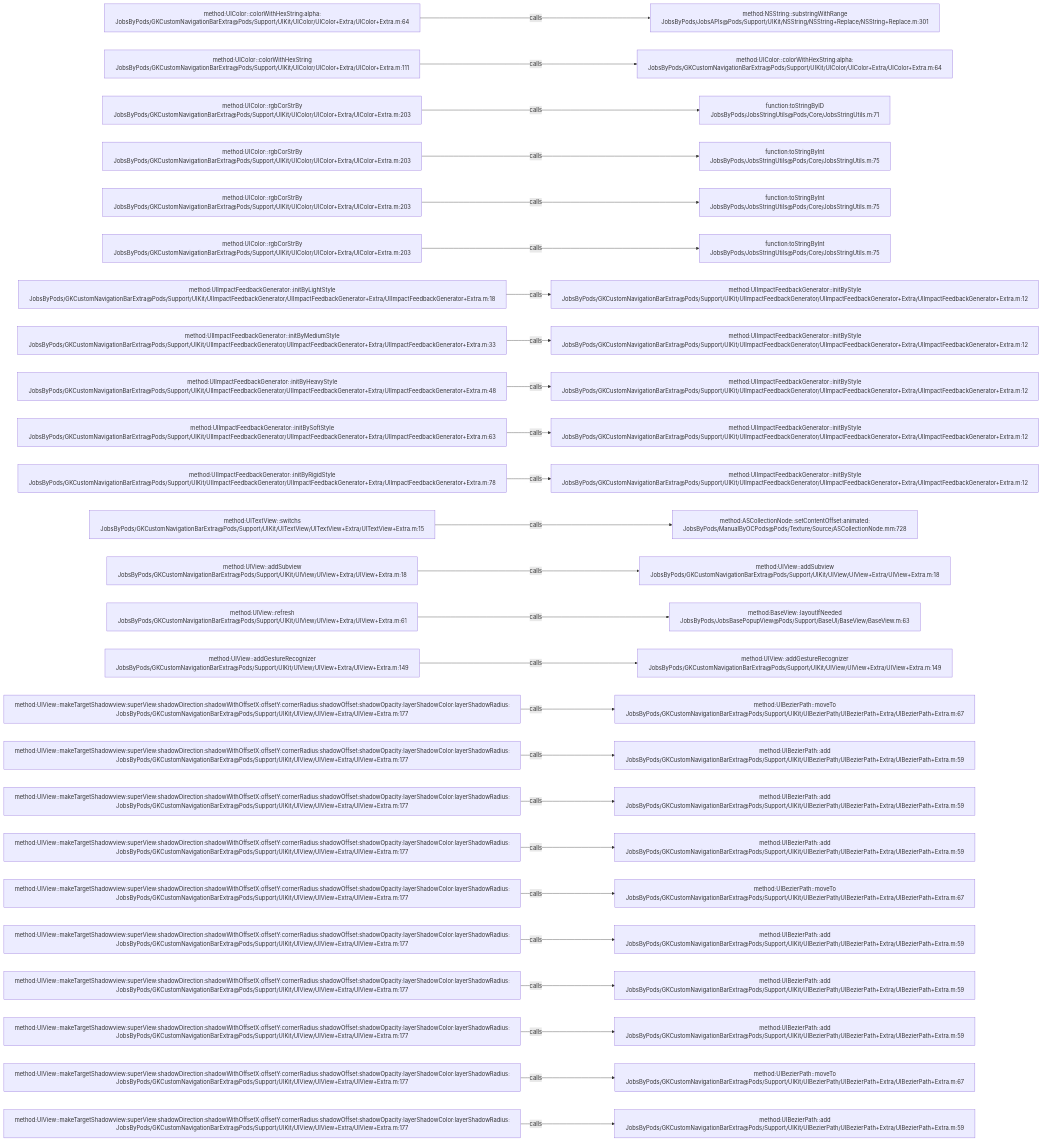
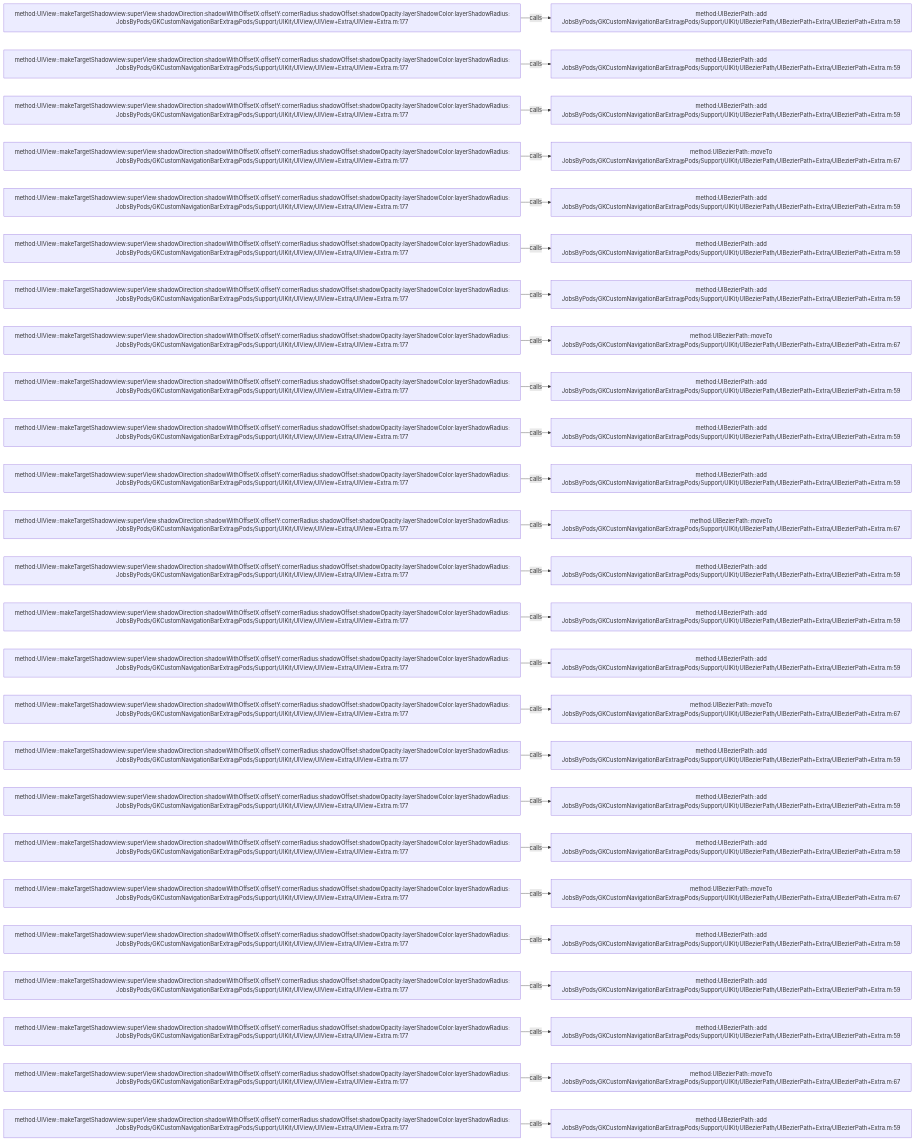
One commit to JobsKits/JobsOCBaseConfigDemo changed the diagram in .codegraph/codegraph.md/graphs/calls-008.md. Above: the diagram before and after it, drawn with Mermaid. The commit also changed 1026 other files, not shown here.

````diff
--- a/.codegraph/codegraph.md/graphs/calls-008.md
+++ b/.codegraph/codegraph.md/graphs/calls-008.md
@@ -13,78 +13,78 @@
 ```mermaid
 flowchart LR
-  S1["method:UIColor::colorWithHexString:alpha:<br/>JobsByPods/GKCustomNavigationBarExtra@Pods/Support/UIKit/UIColor/UIColor+Extra/UIColor+Extra.m:64"]
-  T1["method:NSString::substringWithRange<br/>JobsByPods/JobsAPIs@Pods/Support/UIKit/NSString/NSString+Replace/NSString+Replace.m:301"]
+  S1["method:UIView::makeTargetShadowview:superView:shadowDirection:shadowWithOffsetX:offsetY:cornerRadius:shadowOffset:shadowOpacity:layerShadowColor:layerShadowRadius:<br/>JobsByPods/GKCustomNavigationBarExtra@Pods/Support/UIKit/UIView/UIView+Extra/UIView+Extra.m:177"]
+  T1["method:UIBezierPath::add<br/>JobsByPods/GKCustomNavigationBarExtra@Pods/Support/UIKit/UIBezierPath/UIBezierPath+Extra/UIBezierPath+Extra.m:59"]
   S1 -->|calls| T1
-  S2["method:UIColor::colorWithHexString<br/>JobsByPods/GKCustomNavigationBarExtra@Pods/Support/UIKit/UIColor/UIColor+Extra/UIColor+Extra.m:111"]
-  T2["method:UIColor::colorWithHexString:alpha:<br/>JobsByPods/GKCustomNavigationBarExtra@Pods/Support/UIKit/UIColor/UIColor+Extra/UIColor+Extra.m:64"]
+  S2["method:UIView::makeTargetShadowview:superView:shadowDirection:shadowWithOffsetX:offsetY:cornerRadius:shadowOffset:shadowOpacity:layerShadowColor:layerShadowRadius:<br/>JobsByPods/GKCustomNavigationBarExtra@Pods/Support/UIKit/UIView/UIView+Extra/UIView+Extra.m:177"]
+  T2["method:UIBezierPath::add<br/>JobsByPods/GKCustomNavigationBarExtra@Pods/Support/UIKit/UIBezierPath/UIBezierPath+Extra/UIBezierPath+Extra.m:59"]
   S2 -->|calls| T2
-  S3["method:UIColor::rgbCorStrBy<br/>JobsByPods/GKCustomNavigationBarExtra@Pods/Support/UIKit/UIColor/UIColor+Extra/UIColor+Extra.m:203"]
-  T3["function:toStringByID<br/>JobsByPods/JobsStringUtils@Pods/Core/JobsStringUtils.m:71"]
+  S3["method:UIView::makeTargetShadowview:superView:shadowDirection:shadowWithOffsetX:offsetY:cornerRadius:shadowOffset:shadowOpacity:layerShadowColor:layerShadowRadius:<br/>JobsByPods/GKCustomNavigationBarExtra@Pods/Support/UIKit/UIView/UIView+Extra/UIView+Extra.m:177"]
+  T3["method:UIBezierPath::add<br/>JobsByPods/GKCustomNavigationBarExtra@Pods/Support/UIKit/UIBezierPath/UIBezierPath+Extra/UIBezierPath+Extra.m:59"]
   S3 -->|calls| T3
-  S4["method:UIColor::rgbCorStrBy<br/>JobsByPods/GKCustomNavigationBarExtra@Pods/Support/UIKit/UIColor/UIColor+Extra/UIColor+Extra.m:203"]
-  T4["function:toStringByInt<br/>JobsByPods/JobsStringUtils@Pods/Core/JobsStringUtils.m:75"]
+  S4["method:UIView::makeTargetShadowview:superView:shadowDirection:shadowWithOffsetX:offsetY:cornerRadius:shadowOffset:shadowOpacity:layerShadowColor:layerShadowRadius:<br/>JobsByPods/GKCustomNavigationBarExtra@Pods/Support/UIKit/UIView/UIView+Extra/UIView+Extra.m:177"]
+  T4["method:UIBezierPath::moveTo<br/>JobsByPods/GKCustomNavigationBarExtra@Pods/Support/UIKit/UIBezierPath/UIBezierPath+Extra/UIBezierPath+Extra.m:67"]
   S4 -->|calls| T4
-  S5["method:UIColor::rgbCorStrBy<br/>JobsByPods/GKCustomNavigationBarExtra@Pods/Support/UIKit/UIColor/UIColor+Extra/UIColor+Extra.m:203"]
-  T5["function:toStringByInt<br/>JobsByPods/JobsStringUtils@Pods/Core/JobsStringUtils.m:75"]
+  S5["method:UIView::makeTargetShadowview:superView:shadowDirection:shadowWithOffsetX:offsetY:cornerRadius:shadowOffset:shadowOpacity:layerShadowColor:layerShadowRadius:<br/>JobsByPods/GKCustomNavigationBarExtra@Pods/Support/UIKit/UIView/UIView+Extra/UIView+Extra.m:177"]
+  T5["method:UIBezierPath::add<br/>JobsByPods/GKCustomNavigationBarExtra@Pods/Support/UIKit/UIBezierPath/UIBezierPath+Extra/UIBezierPath+Extra.m:59"]
   S5 -->|calls| T5
-  S6["method:UIColor::rgbCorStrBy<br/>JobsByPods/GKCustomNavigationBarExtra@Pods/Support/UIKit/UIColor/UIColor+Extra/UIColor+Extra.m:203"]
-  T6["function:toStringByInt<br/>JobsByPods/JobsStringUtils@Pods/Core/JobsStringUtils.m:75"]
+  S6["method:UIView::makeTargetShadowview:superView:shadowDirection:shadowWithOffsetX:offsetY:cornerRadius:shadowOffset:shadowOpacity:layerShadowColor:layerShadowRadius:<br/>JobsByPods/GKCustomNavigationBarExtra@Pods/Support/UIKit/UIView/UIView+Extra/UIView+Extra.m:177"]
+  T6["method:UIBezierPath::add<br/>JobsByPods/GKCustomNavigationBarExtra@Pods/Support/UIKit/UIBezierPath/UIBezierPath+Extra/UIBezierPath+Extra.m:59"]
   S6 -->|calls| T6
-  S7["method:UIImpactFeedbackGenerator::initByLightStyle<br/>JobsByPods/GKCustomNavigationBarExtra@Pods/Support/UIKit/UIImpactFeedbackGenerator/UIImpactFeedbackGenerator+Extra/UIImpactFeedbackGenerator+Extra.m:18"]
-  T7["method:UIImpactFeedbackGenerator::initByStyle<br/>JobsByPods/GKCustomNavigationBarExtra@Pods/Support/UIKit/UIImpactFeedbackGenerator/UIImpactFeedbackGenerator+Extra/UIImpactFeedbackGenerator+Extra.m:12"]
+  S7["method:UIView::makeTargetShadowview:superView:shadowDirection:shadowWithOffsetX:offsetY:cornerRadius:shadowOffset:shadowOpacity:layerShadowColor:layerShadowRadius:<br/>JobsByPods/GKCustomNavigationBarExtra@Pods/Support/UIKit/UIView/UIView+Extra/UIView+Extra.m:177"]
+  T7["method:UIBezierPath::add<br/>JobsByPods/GKCustomNavigationBarExtra@Pods/Support/UIKit/UIBezierPath/UIBezierPath+Extra/UIBezierPath+Extra.m:59"]
   S7 -->|calls| T7
-  S8["method:UIImpactFeedbackGenerator::initByMediumStyle<br/>JobsByPods/GKCustomNavigationBarExtra@Pods/Support/UIKit/UIImpactFeedbackGenerator/UIImpactFeedbackGenerator+Extra/UIImpactFeedbackGenerator+Extra.m:33"]
-  T8["method:UIImpactFeedbackGenerator::initByStyle<br/>JobsByPods/GKCustomNavigationBarExtra@Pods/Support/UIKit/UIImpactFeedbackGenerator/UIImpactFeedbackGenerator+Extra/UIImpactFeedbackGenerator+Extra.m:12"]
+  S8["method:UIView::makeTargetShadowview:superView:shadowDirection:shadowWithOffsetX:offsetY:cornerRadius:shadowOffset:shadowOpacity:layerShadowColor:layerShadowRadius:<br/>JobsByPods/GKCustomNavigationBarExtra@Pods/Support/UIKit/UIView/UIView+Extra/UIView+Extra.m:177"]
+  T8["method:UIBezierPath::moveTo<br/>JobsByPods/GKCustomNavigationBarExtra@Pods/Support/UIKit/UIBezierPath/UIBezierPath+Extra/UIBezierPath+Extra.m:67"]
   S8 -->|calls| T8
-  S9["method:UIImpactFeedbackGenerator::initByHeavyStyle<br/>JobsByPods/GKCustomNavigationBarExtra@Pods/Support/UIKit/UIImpactFeedbackGenerator/UIImpactFeedbackGenerator+Extra/UIImpactFeedbackGenerator+Extra.m:48"]
-  T9["method:UIImpactFeedbackGenerator::initByStyle<br/>JobsByPods/GKCustomNavigationBarExtra@Pods/Support/UIKit/UIImpactFeedbackGenerator/UIImpactFeedbackGenerator+Extra/UIImpactFeedbackGenerator+Extra.m:12"]
+  S9["method:UIView::makeTargetShadowview:superView:shadowDirection:shadowWithOffsetX:offsetY:cornerRadius:shadowOffset:shadowOpacity:layerShadowColor:layerShadowRadius:<br/>JobsByPods/GKCustomNavigationBarExtra@Pods/Support/UIKit/UIView/UIView+Extra/UIView+Extra.m:177"]
+  T9["method:UIBezierPath::add<br/>JobsByPods/GKCustomNavigationBarExtra@Pods/Support/UIKit/UIBezierPath/UIBezierPath+Extra/UIBezierPath+Extra.m:59"]
   S9 -->|calls| T9
-  S10["method:UIImpactFeedbackGenerator::initBySoftStyle<br/>JobsByPods/GKCustomNavigationBarExtra@Pods/Support/UIKit/UIImpactFeedbackGenerator/UIImpactFeedbackGenerator+Extra/UIImpactFeedbackGenerator+Extra.m:63"]
-  T10["method:UIImpactFeedbackGenerator::initByStyle<br/>JobsByPods/GKCustomNavigationBarExtra@Pods/Support/UIKit/UIImpactFeedbackGenerator/UIImpactFeedbackGenerator+Extra/UIImpactFeedbackGenerator+Extra.m:12"]
+  S10["method:UIView::makeTargetShadowview:superView:shadowDirection:shadowWithOffsetX:offsetY:cornerRadius:shadowOffset:shadowOpacity:layerShadowColor:layerShadowRadius:<br/>JobsByPods/GKCustomNavigationBarExtra@Pods/Support/UIKit/UIView/UIView+Extra/UIView+Extra.m:177"]
+  T10["method:UIBezierPath::add<br/>JobsByPods/GKCustomNavigationBarExtra@Pods/Support/UIKit/UIBezierPath/UIBezierPath+Extra/UIBezierPath+Extra.m:59"]
   S10 -->|calls| T10
-  S11["method:UIImpactFeedbackGenerator::initByRigidStyle<br/>JobsByPods/GKCustomNavigationBarExtra@Pods/Support/UIKit/UIImpactFeedbackGenerator/UIImpactFeedbackGenerator+Extra/UIImpactFeedbackGenerator+Extra.m:78"]
-  T11["method:UIImpactFeedbackGenerator::initByStyle<br/>JobsByPods/GKCustomNavigationBarExtra@Pods/Support/UIKit/UIImpactFeedbackGenerator/UIImpactFeedbackGenerator+Extra/UIImpactFeedbackGenerator+Extra.m:12"]
+  S11["method:UIView::makeTargetShadowview:superView:shadowDirection:shadowWithOffsetX:offsetY:cornerRadius:shadowOffset:shadowOpacity:layerShadowColor:layerShadowRadius:<br/>JobsByPods/GKCustomNavigationBarExtra@Pods/Support/UIKit/UIView/UIView+Extra/UIView+Extra.m:177"]
+  T11["method:UIBezierPath::add<br/>JobsByPods/GKCustomNavigationBarExtra@Pods/Support/UIKit/UIBezierPath/UIBezierPath+Extra/UIBezierPath+Extra.m:59"]
   S11 -->|calls| T11
-  S12["method:UITextView::switchs<br/>JobsByPods/GKCustomNavigationBarExtra@Pods/Support/UIKit/UITextView/UITextView+Extra/UITextView+Extra.m:15"]
-  T12["method:ASCollectionNode::setContentOffset:animated:<br/>JobsByPods/ManualByOCPods@Pods/Texture/Source/ASCollectionNode.mm:728"]
+  S12["method:UIView::makeTargetShadowview:superView:shadowDirection:shadowWithOffsetX:offsetY:cornerRadius:shadowOffset:shadowOpacity:layerShadowColor:layerShadowRadius:<br/>JobsByPods/GKCustomNavigationBarExtra@Pods/Support/UIKit/UIView/UIView+Extra/UIView+Extra.m:177"]
+  T12["method:UIBezierPath::moveTo<br/>JobsByPods/GKCustomNavigationBarExtra@Pods/Support/UIKit/UIBezierPath/UIBezierPath+Extra/UIBezierPath+Extra.m:67"]
   S12 -->|calls| T12
-  S13["method:UIView::addSubview<br/>JobsByPods/GKCustomNavigationBarExtra@Pods/Support/UIKit/UIView/UIView+Extra/UIView+Extra.m:18"]
-  T13["method:UIView::addSubview<br/>JobsByPods/GKCustomNavigationBarExtra@Pods/Support/UIKit/UIView/UIView+Extra/UIView+Extra.m:18"]
+  S13["method:UIView::makeTargetShadowview:superView:shadowDirection:shadowWithOffsetX:offsetY:cornerRadius:shadowOffset:shadowOpacity:layerShadowColor:layerShadowRadius:<br/>JobsByPods/GKCustomNavigationBarExtra@Pods/Support/UIKit/UIView/UIView+Extra/UIView+Extra.m:177"]
+  T13["method:UIBezierPath::add<br/>JobsByPods/GKCustomNavigationBarExtra@Pods/Support/UIKit/UIBezierPath/UIBezierPath+Extra/UIBezierPath+Extra.m:59"]
   S13 -->|calls| T13
-  S14["method:UIView::refresh<br/>JobsByPods/GKCustomNavigationBarExtra@Pods/Support/UIKit/UIView/UIView+Extra/UIView+Extra.m:61"]
-  T14["method:BaseView::layoutIfNeeded<br/>JobsByPods/JobsBasePopupView@Pods/Support/BaseUI/BaseView/BaseView.m:63"]
+  S14["method:UIView::makeTargetShadowview:superView:shadowDirection:shadowWithOffsetX:offsetY:cornerRadius:shadowOffset:shadowOpacity:layerShadowColor:layerShadowRadius:<br/>JobsByPods/GKCustomNavigationBarExtra@Pods/Support/UIKit/UIView/UIView+Extra/UIView+Extra.m:177"]
+  T14["method:UIBezierPath::add<br/>JobsByPods/GKCustomNavigationBarExtra@Pods/Support/UIKit/UIBezierPath/UIBezierPath+Extra/UIBezierPath+Extra.m:59"]
   S14 -->|calls| T14
-  S15["method:UIView::addGestureRecognizer<br/>JobsByPods/GKCustomNavigationBarExtra@Pods/Support/UIKit/UIView/UIView+Extra/UIView+Extra.m:149"]
-  T15["method:UIView::addGestureRecognizer<br/>JobsByPods/GKCustomNavigationBarExtra@Pods/Support/UIKit/UIView/UIView+Extra/UIView+Extra.m:149"]
+  S15["method:UIView::makeTargetShadowview:superView:shadowDirection:shadowWithOffsetX:offsetY:cornerRadius:shadowOffset:shadowOpacity:layerShadowColor:layerShadowRadius:<br/>JobsByPods/GKCustomNavigationBarExtra@Pods/Support/UIKit/UIView/UIView+Extra/UIView+Extra.m:177"]
+  T15["method:UIBezierPath::add<br/>JobsByPods/GKCustomNavigationBarExtra@Pods/Support/UIKit/UIBezierPath/UIBezierPath+Extra/UIBezierPath+Extra.m:59"]
   S15 -->|calls| T15
   S16["method:UIView::makeTargetShadowview:superView:shadowDirection:shadowWithOffsetX:offsetY:cornerRadius:shadowOffset:shadowOpacity:layerShadowColor:layerShadowRadius:<br/>JobsByPods/GKCustomNavigationBarExtra@Pods/Support/UIKit/UIView/UIView+Extra/UIView+Extra.m:177"]
   T16["method:UIBezierPath::moveTo<br/>JobsByPods/GKCustomNavigationBarExtra@Pods/Support/UIKit/UIBezierPath/UIBezierPath+Extra/UIBezierPath+Extra.m:67"]
   S16 -->|calls| T16
   S17["method:UIView::makeTargetShadowview:superView:shadowDirection:shadowWithOffsetX:offsetY:cornerRadius:shadowOffset:shadowOpacity:layerShadowColor:layerShadowRadius:<br/>JobsByPods/GKCustomNavigationBarExtra@Pods/Support/UIKit/UIView/UIView+Extra/UIView+Extra.m:177"]
   T17["method:UIBezierPath::add<br/>JobsByPods/GKCustomNavigationBarExtra@Pods/Support/UIKit/UIBezierPath/UIBezierPath+Extra/UIBezierPath+Extra.m:59"]
   S17 -->|calls| T17
   S18["method:UIView::makeTargetShadowview:superView:shadowDirection:shadowWithOffsetX:offsetY:cornerRadius:shadowOffset:shadowOpacity:layerShadowColor:layerShadowRadius:<br/>JobsByPods/GKCustomNavigationBarExtra@Pods/Support/UIKit/UIView/UIView+Extra/UIView+Extra.m:177"]
   T18["method:UIBezierPath::add<br/>JobsByPods/GKCustomNavigationBarExtra@Pods/Support/UIKit/UIBezierPath/UIBezierPath+Extra/UIBezierPath+Extra.m:59"]
   S18 -->|calls| T18
   S19["method:UIView::makeTargetShadowview:superView:shadowDirection:shadowWithOffsetX:offsetY:cornerRadius:shadowOffset:shadowOpacity:layerShadowColor:layerShadowRadius:<br/>JobsByPods/GKCustomNavigationBarExtra@Pods/Support/UIKit/UIView/UIView+Extra/UIView+Extra.m:177"]
   T19["method:UIBezierPath::add<br/>JobsByPods/GKCustomNavigationBarExtra@Pods/Support/UIKit/UIBezierPath/UIBezierPath+Extra/UIBezierPath+Extra.m:59"]
   S19 -->|calls| T19
   S20["method:UIView::makeTargetShadowview:superView:shadowDirection:shadowWithOffsetX:offsetY:cornerRadius:shadowOffset:shadowOpacity:layerShadowColor:layerShadowRadius:<br/>JobsByPods/GKCustomNavigationBarExtra@Pods/Support/UIKit/UIView/UIView+Extra/UIView+Extra.m:177"]
   T20["method:UIBezierPath::moveTo<br/>JobsByPods/GKCustomNavigationBarExtra@Pods/Support/UIKit/UIBezierPath/UIBezierPath+Extra/UIBezierPath+Extra.m:67"]
   S20 -->|calls| T20
   S21["method:UIView::makeTargetShadowview:superView:shadowDirection:shadowWithOffsetX:offsetY:cornerRadius:shadowOffset:shadowOpacity:layerShadowColor:layerShadowRadius:<br/>JobsByPods/GKCustomNavigationBarExtra@Pods/Support/UIKit/UIView/UIView+Extra/UIView+Extra.m:177"]
   T21["method:UIBezierPath::add<br/>JobsByPods/GKCustomNavigationBarExtra@Pods/Support/UIKit/UIBezierPath/UIBezierPath+Extra/UIBezierPath+Extra.m:59"]
   S21 -->|calls| T21
   S22["method:UIView::makeTargetShadowview:superView:shadowDirection:shadowWithOffsetX:offsetY:cornerRadius:shadowOffset:shadowOpacity:layerShadowColor:layerShadowRadius:<br/>JobsByPods/GKCustomNavigationBarExtra@Pods/Support/UIKit/UIView/UIView+Extra/UIView+Extra.m:177"]
   T22["method:UIBezierPath::add<br/>JobsByPods/GKCustomNavigationBarExtra@Pods/Support/UIKit/UIBezierPath/UIBezierPath+Extra/UIBezierPath+Extra.m:59"]
   S22 -->|calls| T22
   S23["method:UIView::makeTargetShadowview:superView:shadowDirection:shadowWithOffsetX:offsetY:cornerRadius:shadowOffset:shadowOpacity:layerShadowColor:layerShadowRadius:<br/>JobsByPods/GKCustomNavigationBarExtra@Pods/Support/UIKit/UIView/UIView+Extra/UIView+Extra.m:177"]
   T23["method:UIBezierPath::add<br/>JobsByPods/GKCustomNavigationBarExtra@Pods/Support/UIKit/UIBezierPath/UIBezierPath+Extra/UIBezierPath+Extra.m:59"]
   S23 -->|calls| T23
   S24["method:UIView::makeTargetShadowview:superView:shadowDirection:shadowWithOffsetX:offsetY:cornerRadius:shadowOffset:shadowOpacity:layerShadowColor:layerShadowRadius:<br/>JobsByPods/GKCustomNavigationBarExtra@Pods/Support/UIKit/UIView/UIView+Extra/UIView+Extra.m:177"]
   T24["method:UIBezierPath::moveTo<br/>JobsByPods/GKCustomNavigationBarExtra@Pods/Support/UIKit/UIBezierPath/UIBezierPath+Extra/UIBezierPath+Extra.m:67"]
   S24 -->|calls| T24
   S25["method:UIView::makeTargetShadowview:superView:shadowDirection:shadowWithOffsetX:offsetY:cornerRadius:shadowOffset:shadowOpacity:layerShadowColor:layerShadowRadius:<br/>JobsByPods/GKCustomNavigationBarExtra@Pods/Support/UIKit/UIView/UIView+Extra/UIView+Extra.m:177"]
   T25["method:UIBezierPath::add<br/>JobsByPods/GKCustomNavigationBarExtra@Pods/Support/UIKit/UIBezierPath/UIBezierPath+Extra/UIBezierPath+Extra.m:59"]
   S25 -->|calls| T25
 ```
````
